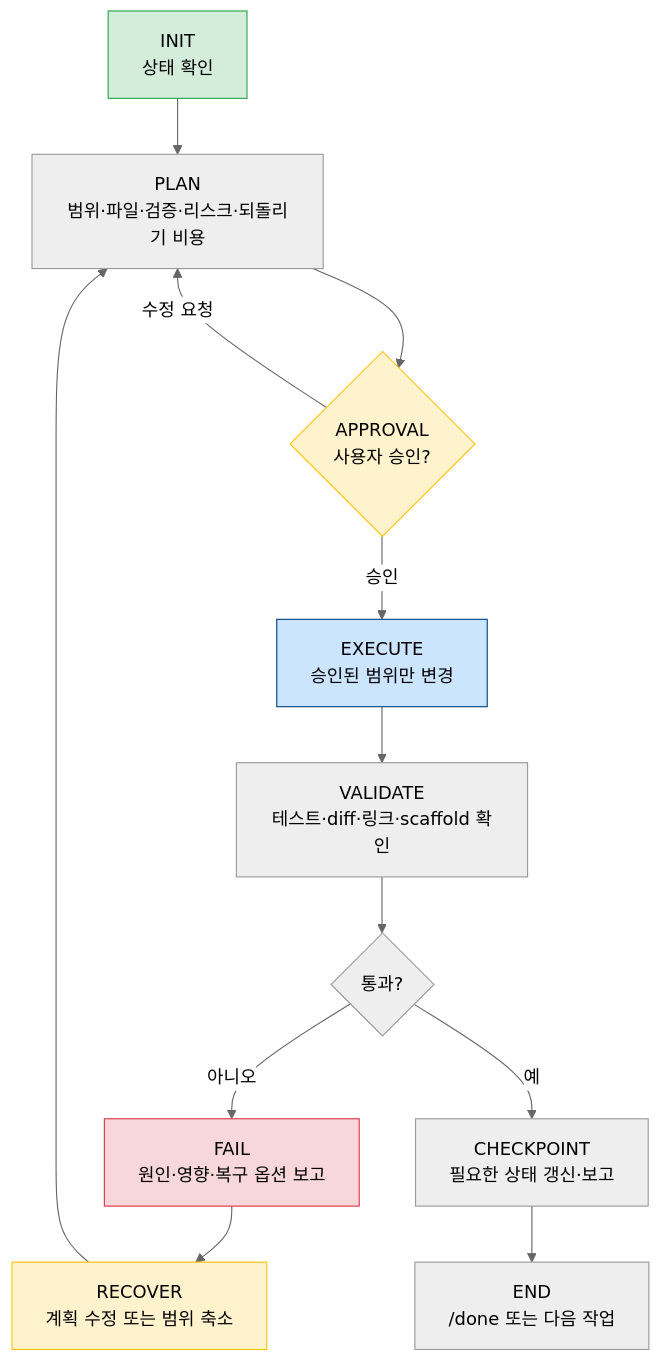
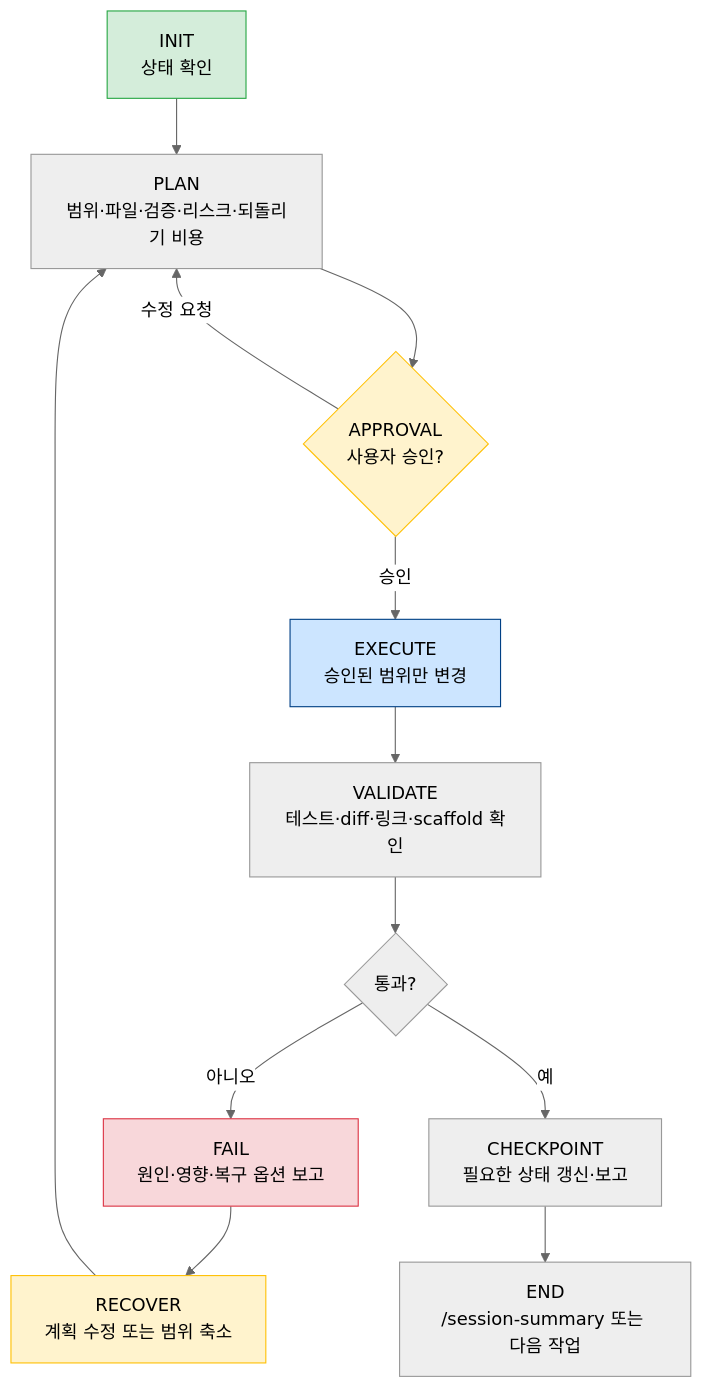
Before and after one commit to kyungseo/ai-workflow-harness: the third of 7 diagrams in README.md, drawn with Mermaid (neutral theme). The commit also changed other lines of this file and 83 other files, not shown here.

````diff
--- a/README.md
+++ b/README.md
@@ -232,20 +232,20 @@
 ```mermaid
 flowchart TD
     INIT["INIT\n상태 확인"] --> PLAN["PLAN\n범위·파일·검증·리스크·되돌리기 비용"]
     PLAN --> APPROVAL{"APPROVAL\n사용자 승인?"}
     APPROVAL -- "수정 요청" --> PLAN
     APPROVAL -- "승인" --> EXECUTE["EXECUTE\n승인된 범위만 변경"]
     EXECUTE --> VALIDATE["VALIDATE\n테스트·diff·링크·scaffold 확인"]
     VALIDATE --> PASS{"통과?"}
     PASS -- "아니오" --> FAIL["FAIL\n원인·영향·복구 옵션 보고"]
     FAIL --> RECOVER["RECOVER\n계획 수정 또는 범위 축소"]
     RECOVER --> PLAN
     PASS -- "예" --> CHECKPOINT["CHECKPOINT\n필요한 상태 갱신·보고"]
-    CHECKPOINT --> END["END\n/done 또는 다음 작업"]
+    CHECKPOINT --> END["END\n/session-summary 또는 다음 작업"]
 
     style INIT fill:#d4edda,stroke:#28a745
     style APPROVAL fill:#fff3cd,stroke:#ffc107
     style EXECUTE fill:#cce5ff,stroke:#004085
     style FAIL fill:#f8d7da,stroke:#dc3545
     style RECOVER fill:#fff3cd,stroke:#ffc107
 ```
````
